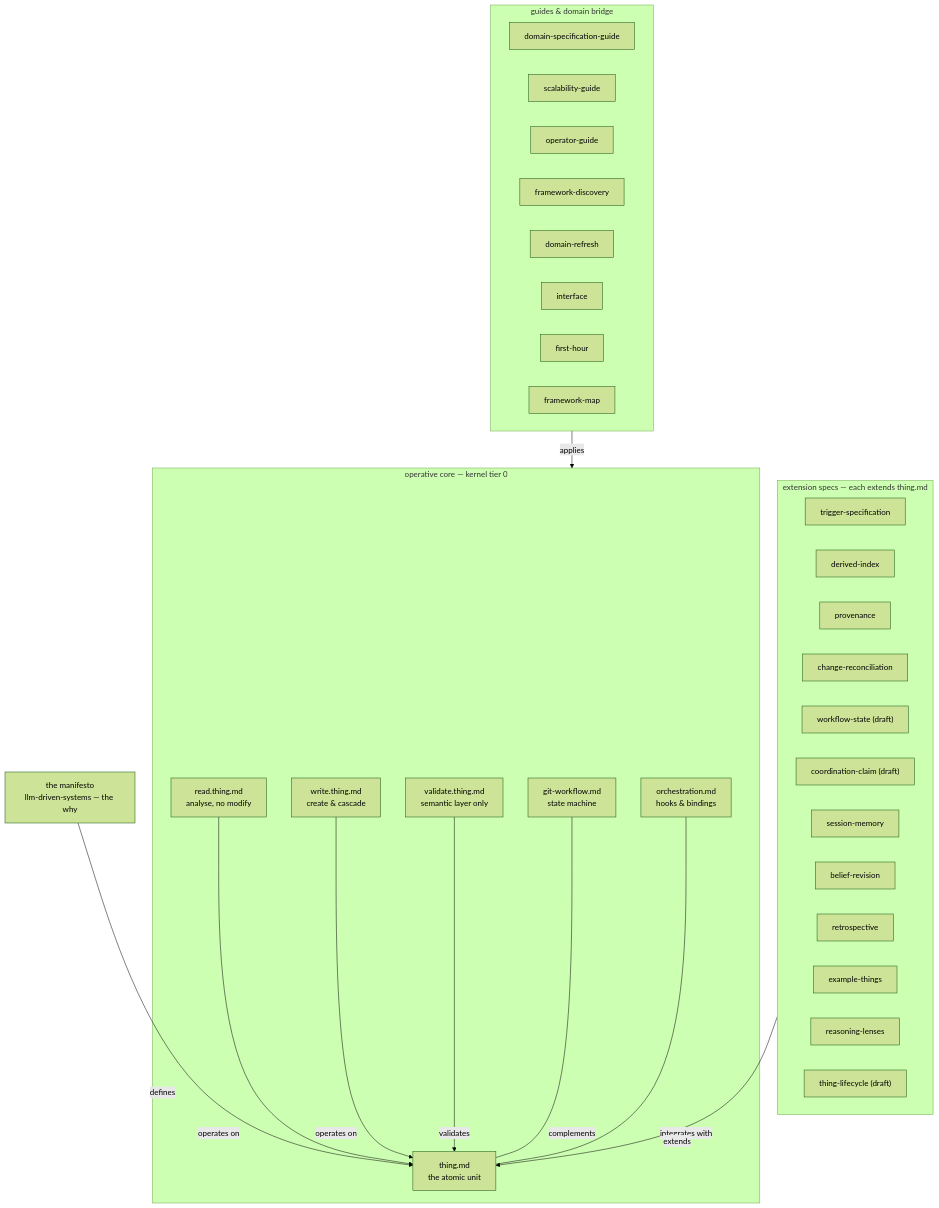
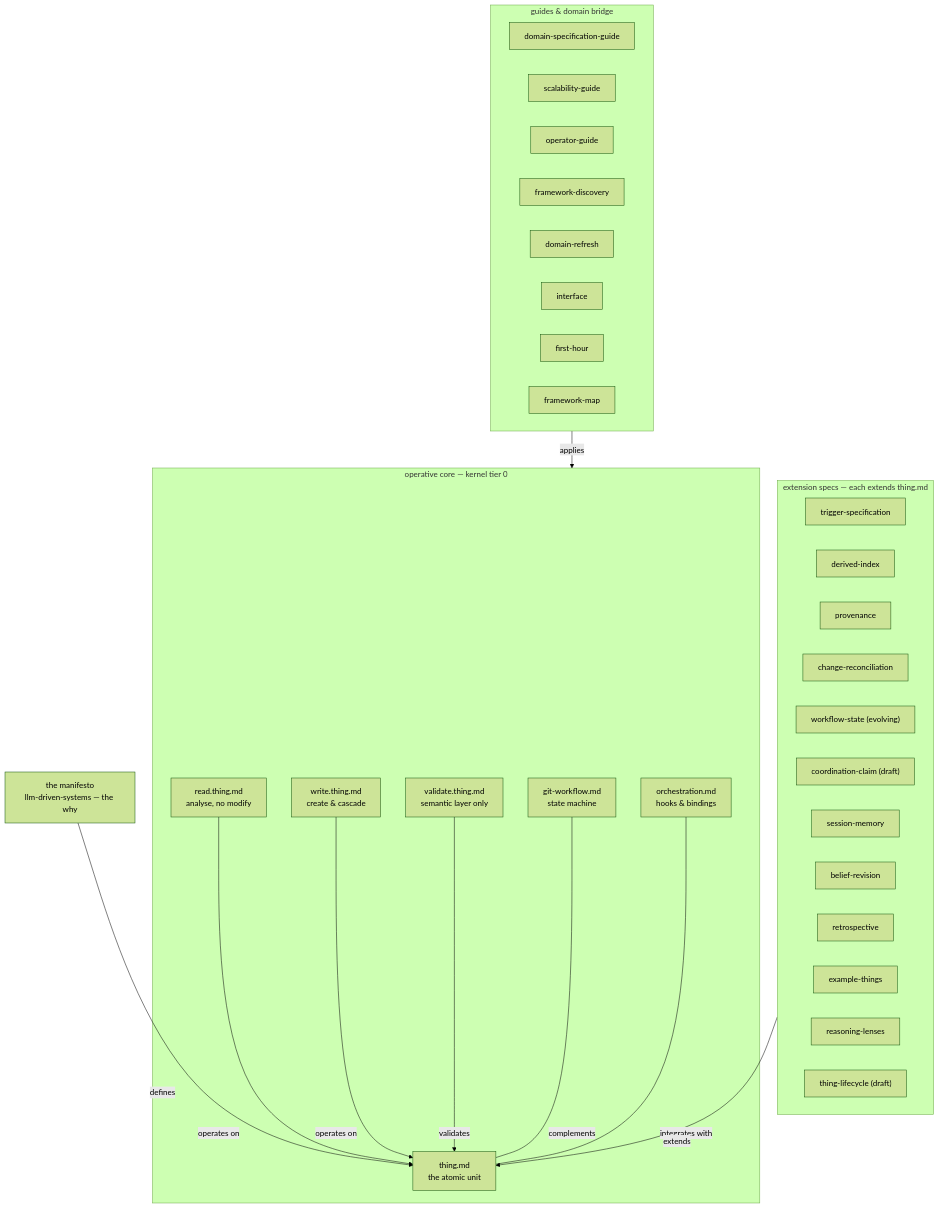
Before and after one commit to JanoshMoshiri/MarkdownLLM: the second of 3 diagrams in framework-map.md, drawn with Mermaid (forest theme). The commit also changed 2 other files, not shown here.

Commit message:
update: promote workflow-state draft -> evolving — exercised on a live domain.
The spec's own maturity ladder (reserve-but-draft) said: exercise the primitive
on a real domain before promoting past draft. That has now happened — the
workflow-run/workflow-definition pair is in active use in a live domain (beyond
the examples/life-manager demonstration pair), which earns the rung from draft
to evolving (spec version 0.3 -> 0.4). The types remain reserved (floor-built);
what advanced is the spec's maturity, not its contract.

Reconciliation walk (the change touches 'draft' in more than the frontmatter):
- workflow-state.md: status + version; Maturity Path reworded to reserved-and-
  evolving (the 'stays draft' / 'before promoting' language retired).
- AGENTS.md catalog entry: status: draft -> evolving.
- framework-map.md: node relabelled (evolving).
Framework version untouched (3.12.0) — bundling with later changes per operator.
Session-memory follow-up (deferred to session-end): the continuity open thread
'exercise workflow-run before promoting' is now resolved.

````diff
--- a/framework-map.md
+++ b/framework-map.md
@@ -104,45 +104,45 @@
 ```mermaid
 flowchart TD
     MAN["the manifesto<br/>llm-driven-systems — the why"]
     subgraph core ["operative core — kernel tier 0"]
         GITW["git-workflow.md<br/>state machine"]
         THING["thing.md<br/>the atomic unit"]
         ORCH["orchestration.md<br/>hooks & bindings"]
         READ["read.thing.md<br/>analyse, no modify"]
         WRITE["write.thing.md<br/>create & cascade"]
         VAL["validate.thing.md<br/>semantic layer only"]
     end
     subgraph ext ["extension specs — each extends thing.md"]
         TRIG["trigger-specification"]
         DIDX["derived-index"]
         PROV["provenance"]
         CRECON["change-reconciliation"]
-        WSTATE["workflow-state (draft)"]
+        WSTATE["workflow-state (evolving)"]
         COORD["coordination-claim (draft)"]
         SMEM["session-memory"]
         BREV["belief-revision"]
         RETRO["retrospective"]
         EXTH["example-things"]
         LENS["reasoning-lenses"]
         LIFE["thing-lifecycle (draft)"]
     end
     subgraph guides ["guides & domain bridge"]
         DSG["domain-specification-guide"]
         SCAL["scalability-guide"]
         OPG["operator-guide"]
         DISC["framework-discovery"]
         REFR["domain-refresh"]
         IFACE["interface"]
         FH["first-hour"]
         FMAP["framework-map"]
     end
 
     MAN -->|defines| THING
     READ -->|operates on| THING
     WRITE -->|operates on| THING
     VAL -->|validates| THING
     GITW ---|complements| THING
     ORCH ---|integrates with| THING
     ext -->|extends| THING
     guides -->|applies| core
 ```
````
